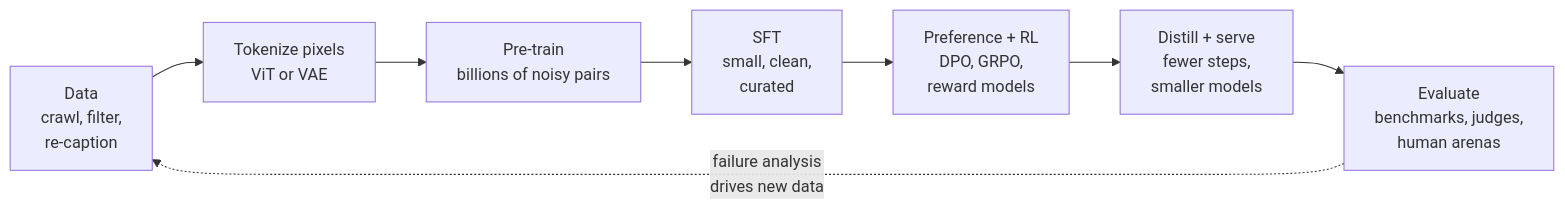
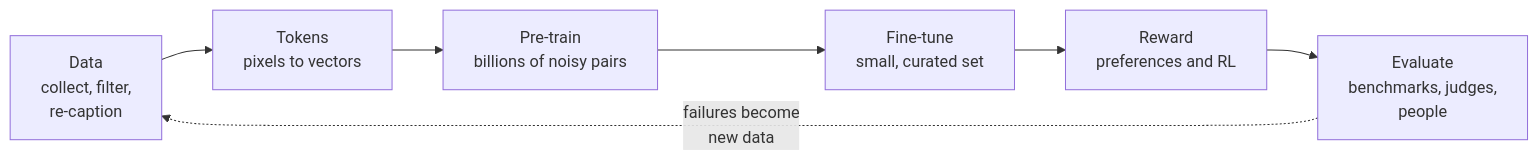
The diagram in src/data/blog/generative-ai/multimodal-foundation-models-end-to-end.md (gopikrishtummala/gopikrishtummala.github.io), drawn with Mermaid before and after one commit. The commit also changed other lines of this file and 15 other files, not shown here.

````diff
--- a/src/data/blog/generative-ai/multimodal-foundation-models-end-to-end.md
+++ b/src/data/blog/generative-ai/multimodal-foundation-models-end-to-end.md
@@ -71,10 +40,9 @@
 ```mermaid
 flowchart LR
-  D["Data<br/>crawl, filter,<br/>re-caption"] --> T["Tokenize pixels<br/>ViT or VAE"]
+  D["Data<br/>collect, filter,<br/>re-caption"] --> T["Tokens<br/>pixels to vectors"]
   T --> P["Pre-train<br/>billions of noisy pairs"]
-  P --> S["SFT<br/>small, clean,<br/>curated"]
-  S --> R["Preference + RL<br/>DPO, GRPO,<br/>reward models"]
-  R --> X["Distill + serve<br/>fewer steps,<br/>smaller models"]
-  X --> E["Evaluate<br/>benchmarks, judges,<br/>human arenas"]
-  E -.->|"failure analysis<br/>drives new data"| D
+  P --> S["Fine-tune<br/>small, curated set"]
+  S --> R["Reward<br/>preferences and RL"]
+  R --> E["Evaluate<br/>benchmarks, judges,<br/>people"]
+  E -.->|"failures become<br/>new data"| D
 ```
````
